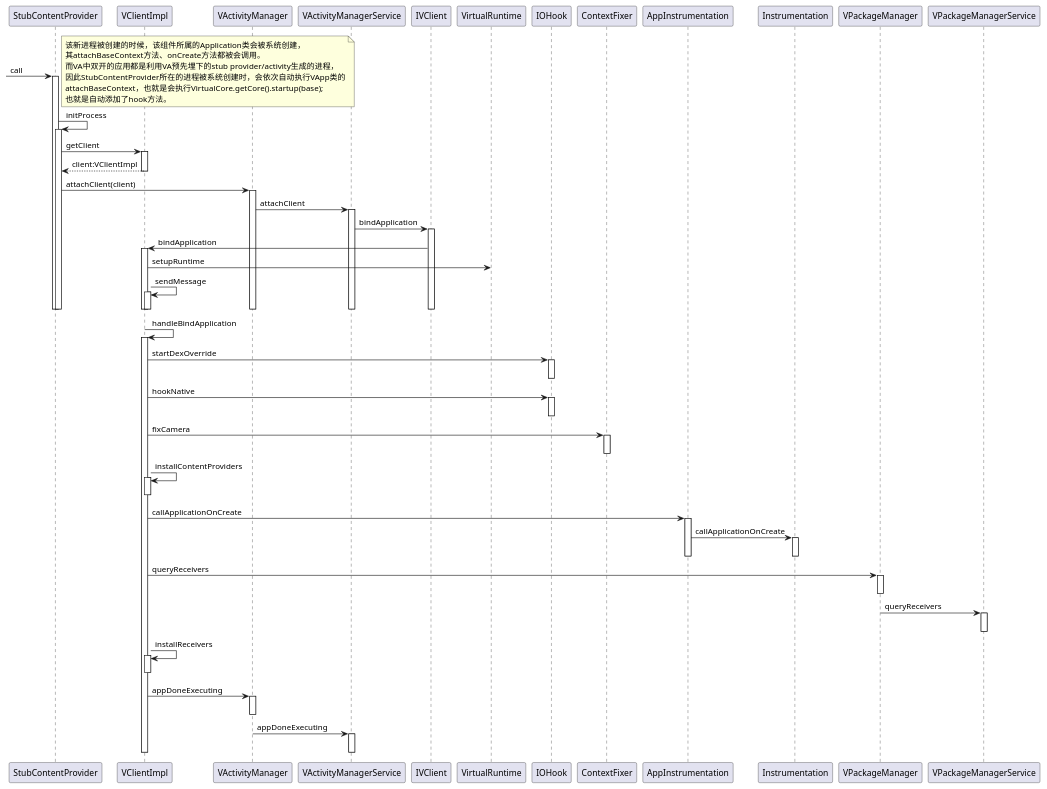
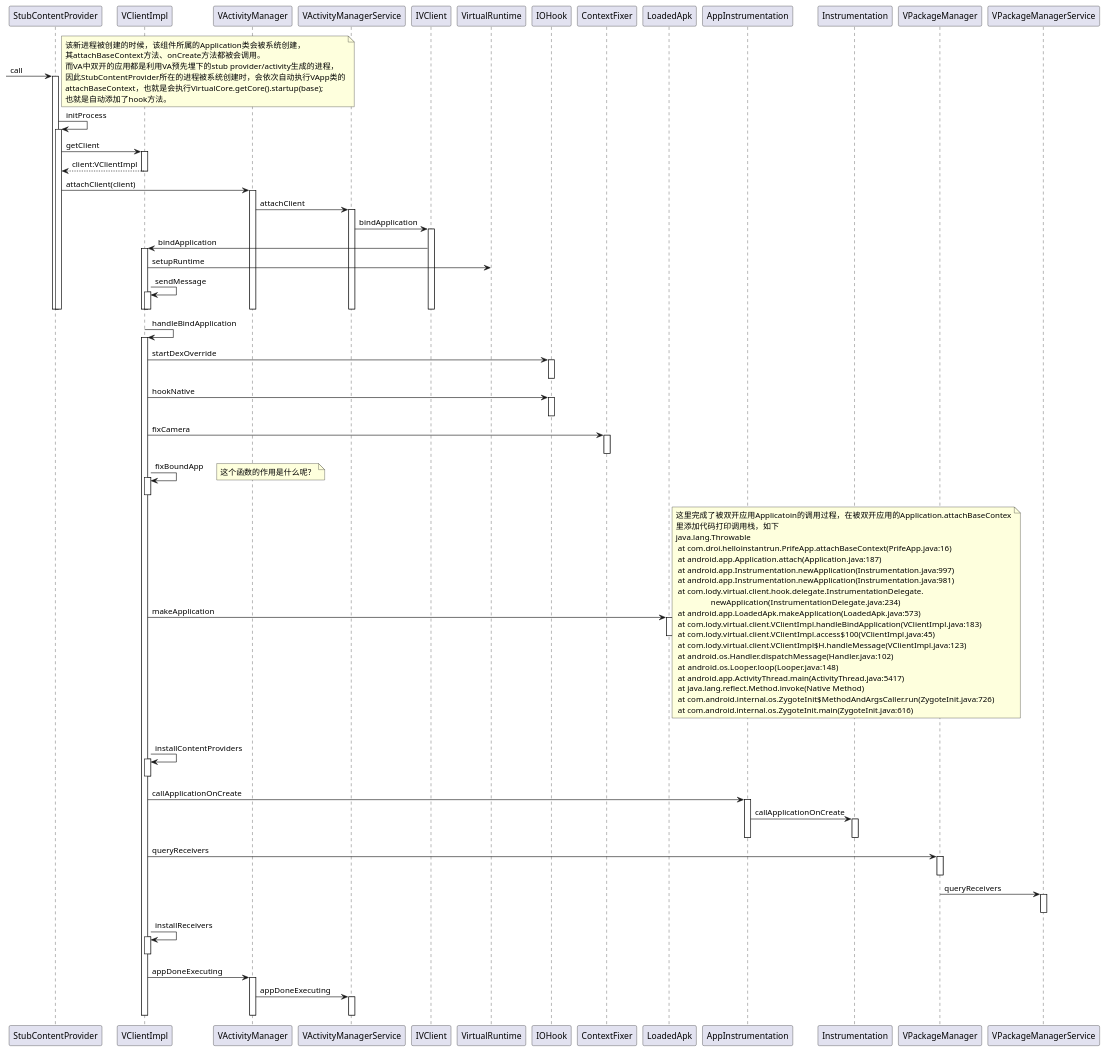
Before and after one commit to prife/VirtualAppDoc: the diagram in VStubContentProvider.puml, drawn with PlantUML. The commit also changed 1 other file, not shown here.

Commit message:
update VAStartActivity.puml VStubContentProvider.puml

```diff
--- a/VStubContentProvider.puml
+++ b/VStubContentProvider.puml
@@ -1,90 +1,122 @@
 @startuml
 
 [-> StubContentProvider : call
 
 note left
 该新进程被创建的时候，该组件所属的Application类会被系统创建，
 其attachBaseContext方法、onCreate方法都被会调用。
 而VA中双开的应用都是利用VA预先埋下的stub provider/activity生成的进程，
 因此StubContentProvider所在的进程被系统创建时，会依次自动执行VApp类的
 attachBaseContext，也就是会执行VirtualCore.getCore().startup(base);
 也就是自动添加了hook方法。
 endnote
 
 activate StubContentProvider
     StubContentProvider -> StubContentProvider : initProcess
     activate StubContentProvider
         StubContentProvider -> VClientImpl : getClient
         activate VClientImpl
             StubContentProvider <-- VClientImpl : client:VClientImpl
         deactivate VClientImpl
 
         StubContentProvider -> VActivityManager : attachClient(client)
         activate VActivityManager
                 VActivityManager -> VActivityManagerService : attachClient
                 activate VActivityManagerService
                     VActivityManagerService -> IVClient : bindApplication
                     activate IVClient
                         IVClient -> VClientImpl : bindApplication
                         activate VClientImpl
                             VClientImpl -> VirtualRuntime : setupRuntime
                             VClientImpl -> VClientImpl : sendMessage
                             activate VClientImpl
                             deactivate VClientImpl
                         deactivate VClientImpl
                     deactivate IVClient
                 deactivate VActivityManagerService
 
         deactivate VActivityManager
 
     deactivate StubContentProvider
 deactivate StubContentProvider
 
 VClientImpl -> VClientImpl : handleBindApplication
 activate VClientImpl
     VClientImpl -> IOHook : startDexOverride
     activate IOHook
     deactivate IOHook
 
     VClientImpl -> IOHook : hookNative
     activate IOHook
     deactivate IOHook
 
     VClientImpl -> ContextFixer : fixCamera
     activate ContextFixer
     deactivate ContextFixer
 
+    VClientImpl -> VClientImpl : fixBoundApp
+    activate VClientImpl
+    deactivate VClientImpl
+    note right
+    这个函数的作用是什么呢？
+    endnote
+
+    VClientImpl -> LoadedApk : makeApplication
+    activate LoadedApk
+    deactivate LoadedApk
+    note right
+    这里完成了被双开应用Applicatoin的调用过程，在被双开应用的Application.attachBaseContex
+    里添加代码打印调用栈，如下
+    java.lang.Throwable
+     at com.droi.helloinstantrun.PrifeApp.attachBaseContext(PrifeApp.java:16)
+     at android.app.Application.attach(Application.java:187)
+     at android.app.Instrumentation.newApplication(Instrumentation.java:997)
+     at android.app.Instrumentation.newApplication(Instrumentation.java:981)
+     at com.lody.virtual.client.hook.delegate.InstrumentationDelegate.
+                     newApplication(InstrumentationDelegate.java:234)
+     at android.app.LoadedApk.makeApplication(LoadedApk.java:573)
+     at com.lody.virtual.client.VClientImpl.handleBindApplication(VClientImpl.java:183)
+     at com.lody.virtual.client.VClientImpl.access$100(VClientImpl.java:45)
+     at com.lody.virtual.client.VClientImpl$H.handleMessage(VClientImpl.java:123)
+     at android.os.Handler.dispatchMessage(Handler.java:102)
+     at android.os.Looper.loop(Looper.java:148)
+     at android.app.ActivityThread.main(ActivityThread.java:5417)
+     at java.lang.reflect.Method.invoke(Native Method)
+     at com.android.internal.os.ZygoteInit$MethodAndArgsCaller.run(ZygoteInit.java:726)
+     at com.android.internal.os.ZygoteInit.main(ZygoteInit.java:616)
+    endnote
+
     VClientImpl -> VClientImpl : installContentProviders
     activate VClientImpl
     deactivate VClientImpl
+
 
     VClientImpl -> AppInstrumentation : callApplicationOnCreate
     activate AppInstrumentation
         AppInstrumentation -> Instrumentation : callApplicationOnCreate
         activate Instrumentation
         deactivate Instrumentation
     deactivate AppInstrumentation
 
     VClientImpl -> VPackageManager : queryReceivers
     activate VPackageManager
     deactivate VPackageManager
 
     VPackageManager -> VPackageManagerService : queryReceivers
     activate VPackageManagerService
     deactivate VPackageManagerService
 
     VClientImpl -> VClientImpl : installReceivers
     activate VClientImpl
     deactivate VClientImpl
 
     VClientImpl -> VActivityManager : appDoneExecuting
     activate VActivityManager
+        VActivityManager -> VActivityManagerService : appDoneExecuting
+        activate VActivityManagerService
+        deactivate VActivityManagerService
     deactivate VActivityManager
-
-    VActivityManager -> VActivityManagerService : appDoneExecuting
-    activate VActivityManagerService
-    deactivate VActivityManagerService
 
 deactivate VClientImpl
 
 @enduml
```
